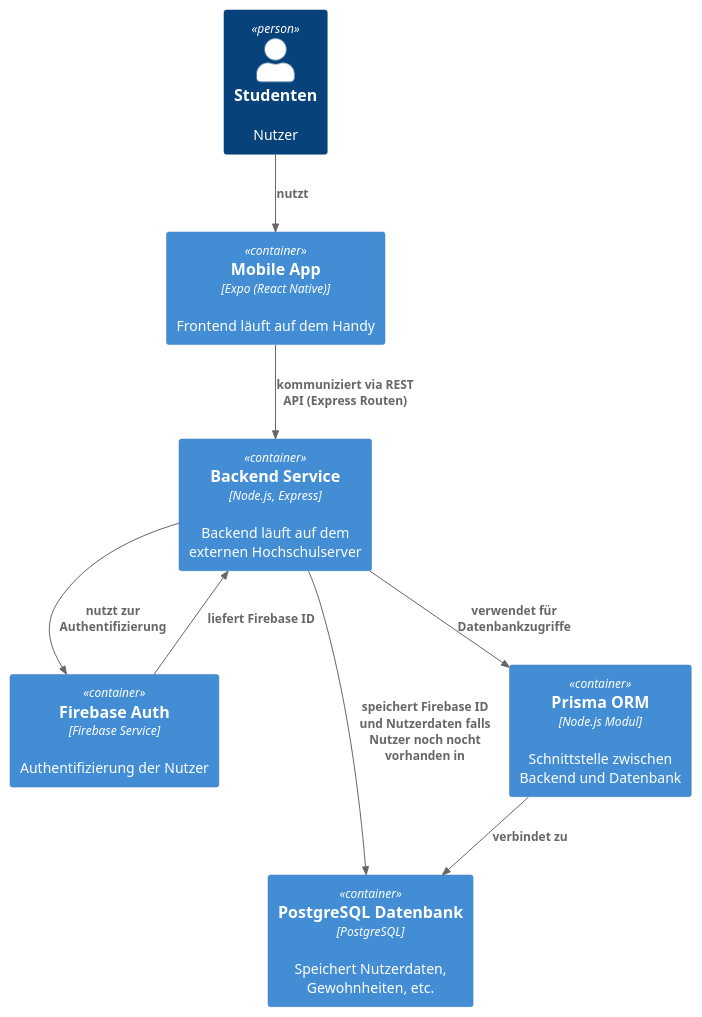
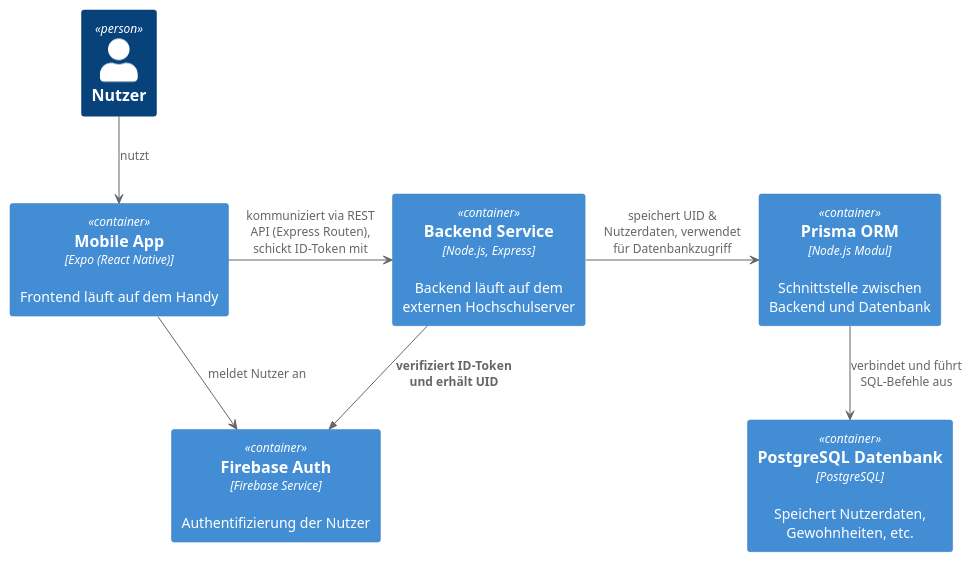
The diagram in docs/architecture/plantuml/c4-habitree-level2.plantuml (laurenzzzzzz/htwd-se1-habitree), drawn with PlantUML before and after one commit. The commit also changed 5 other files, not shown here.

Commit message:
Update UML Diagramme (architecture_notebook.adoc)

```diff
--- a/docs/architecture/plantuml/c4-habitree-level2.plantuml
+++ b/docs/architecture/plantuml/c4-habitree-level2.plantuml
@@ -1,20 +1,21 @@
 @startuml C4-level2
 !include https://raw.githubusercontent.com/plantuml-stdlib/C4-PlantUML/master/C4_Container.puml
 
-Person(student, "Studenten", "Nutzer")
+Person(Nutzer, "Nutzer")
 
 Container(frontend, "Mobile App", "Expo (React Native)", "Frontend läuft auf dem Handy")
 Container(backend, "Backend Service", "Node.js, Express", "Backend läuft auf dem externen Hochschulserver")
 Container(auth, "Firebase Auth", "Firebase Service", "Authentifizierung der Nutzer")
 Container(db, "PostgreSQL Datenbank", "PostgreSQL", "Speichert Nutzerdaten, Gewohnheiten, etc.")
 Container(prisma, "Prisma ORM", "Node.js Modul", "Schnittstelle zwischen Backend und Datenbank")
 
-Rel(student, frontend, "nutzt")
-Rel(frontend, backend, "kommuniziert via REST API (Express Routen)")
-Rel(backend, auth, "nutzt zur Authentifizierung")
-Rel(auth, backend, "liefert Firebase ID")
-Rel(backend, prisma, "verwendet für Datenbankzugriffe")
-Rel(prisma, db, "verbindet zu")
-Rel(backend, db, "speichert Firebase ID und Nutzerdaten falls Nutzer noch nocht vorhanden in ")
+Nutzer --> frontend : nutzt
+frontend -> auth : meldet Nutzer an
+frontend -> backend : kommuniziert via REST API (Express Routen), schickt ID-Token mit
+
+Rel_D(backend, auth, "verifiziert ID-Token\nund erhält UID")
+
+backend -> prisma : speichert UID & Nutzerdaten, verwendet für Datenbankzugriff
+prisma --> db : verbindet und führt SQL-Befehle aus
 
 @enduml
```
